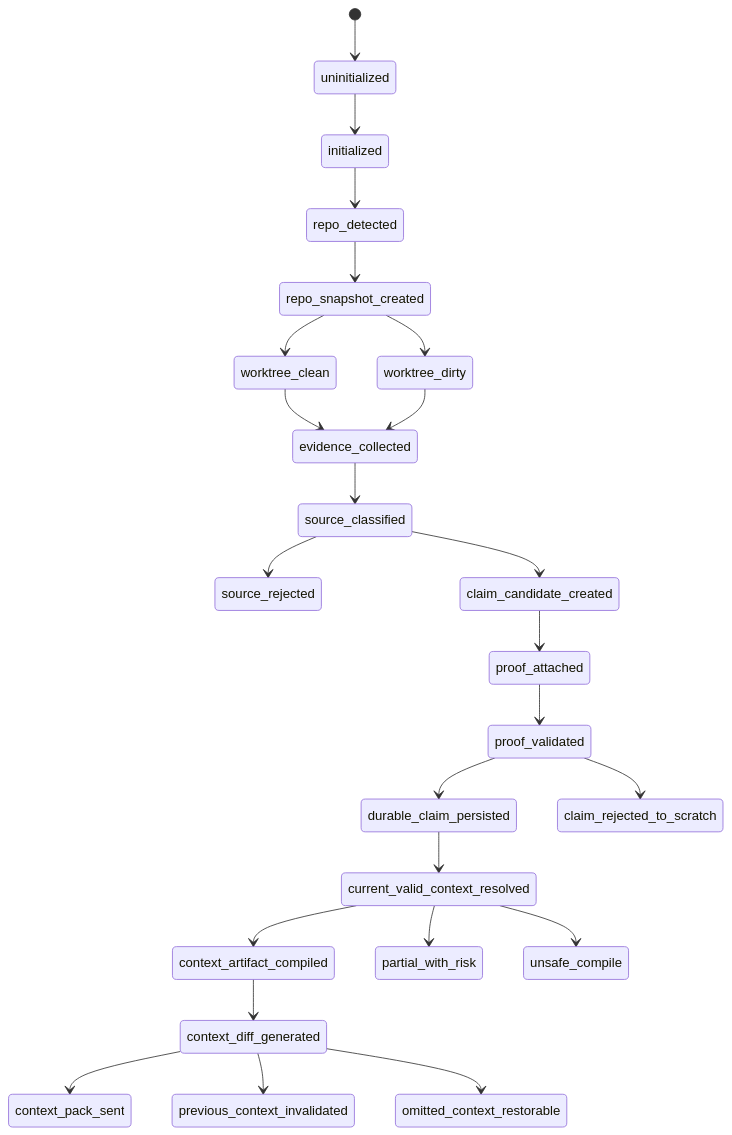
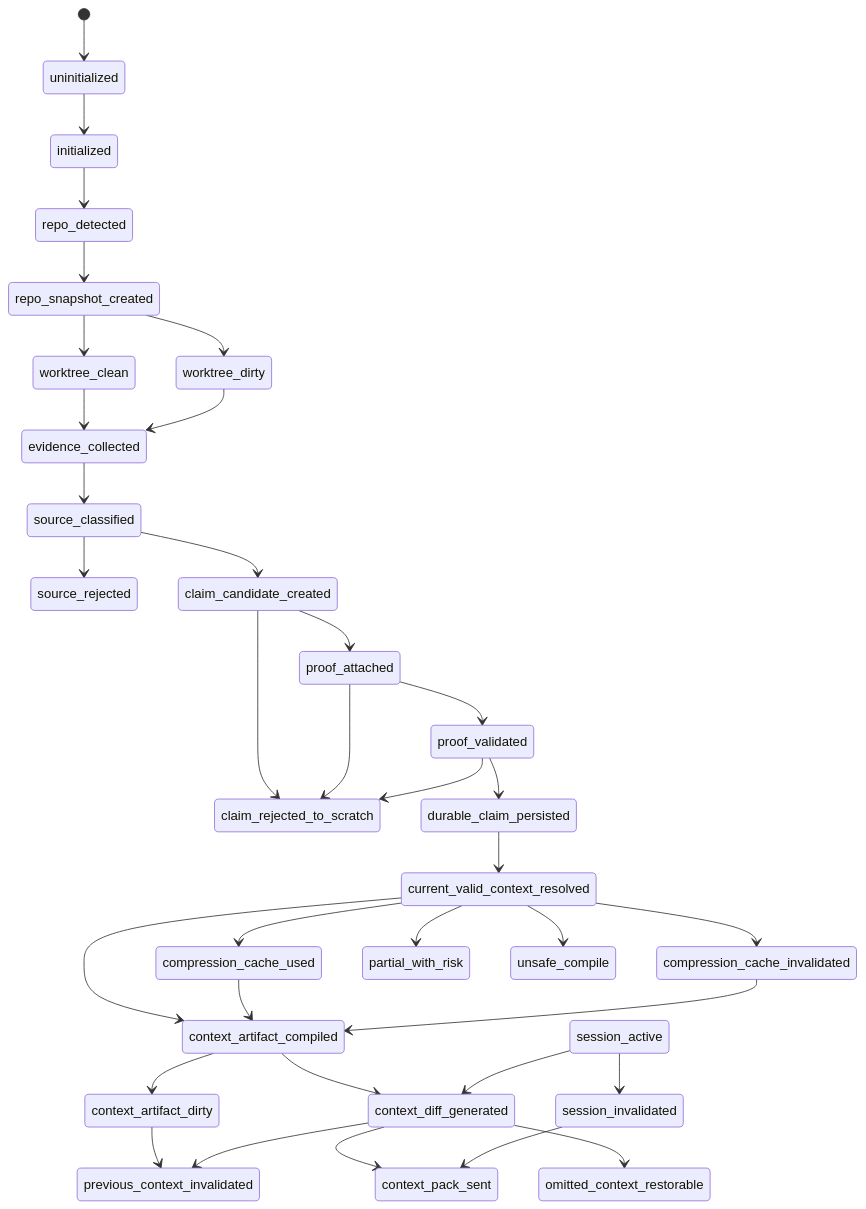
The diagram in docs/v1/STATE_MACHINE.md (gael55x/Grape), drawn with Mermaid before and after one commit. The commit also changed other lines of this file and 23 other files, not shown here.

````diff
--- a/docs/v1/STATE_MACHINE.md
+++ b/docs/v1/STATE_MACHINE.md
@@ -80,26 +98,37 @@
 ```mermaid
 stateDiagram-v2
   [*] --> uninitialized
   uninitialized --> initialized
   initialized --> repo_detected
   repo_detected --> repo_snapshot_created
   repo_snapshot_created --> worktree_clean
   repo_snapshot_created --> worktree_dirty
   worktree_clean --> evidence_collected
   worktree_dirty --> evidence_collected
   evidence_collected --> source_classified
   source_classified --> source_rejected
   source_classified --> claim_candidate_created
   claim_candidate_created --> proof_attached
+  claim_candidate_created --> claim_rejected_to_scratch
   proof_attached --> proof_validated
+  proof_attached --> claim_rejected_to_scratch
   proof_validated --> durable_claim_persisted
   proof_validated --> claim_rejected_to_scratch
   durable_claim_persisted --> current_valid_context_resolved
+  current_valid_context_resolved --> compression_cache_used
+  current_valid_context_resolved --> compression_cache_invalidated
   current_valid_context_resolved --> context_artifact_compiled
   current_valid_context_resolved --> partial_with_risk
   current_valid_context_resolved --> unsafe_compile
+  compression_cache_used --> context_artifact_compiled
+  compression_cache_invalidated --> context_artifact_compiled
+  context_artifact_compiled --> context_artifact_dirty
   context_artifact_compiled --> context_diff_generated
+  context_artifact_dirty --> previous_context_invalidated
+  session_active --> context_diff_generated
   context_diff_generated --> context_pack_sent
   context_diff_generated --> previous_context_invalidated
   context_diff_generated --> omitted_context_restorable
+  session_active --> session_invalidated
+  session_invalidated --> context_pack_sent
 ```
````
